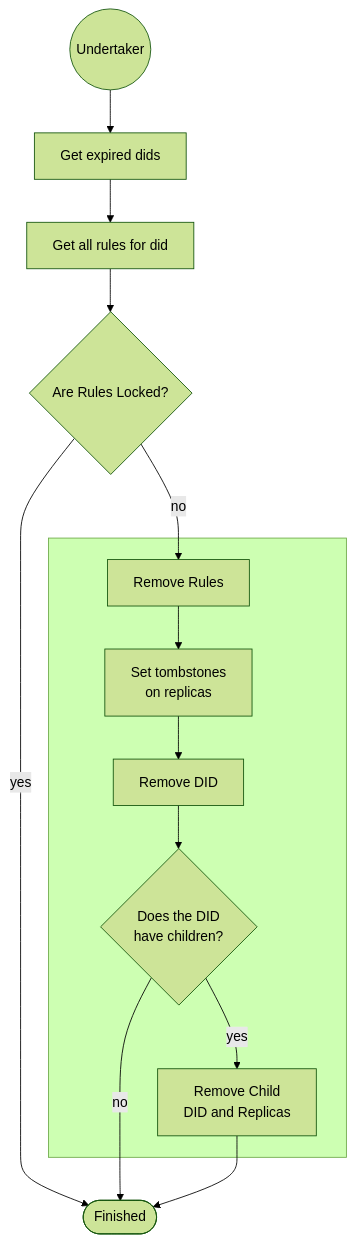
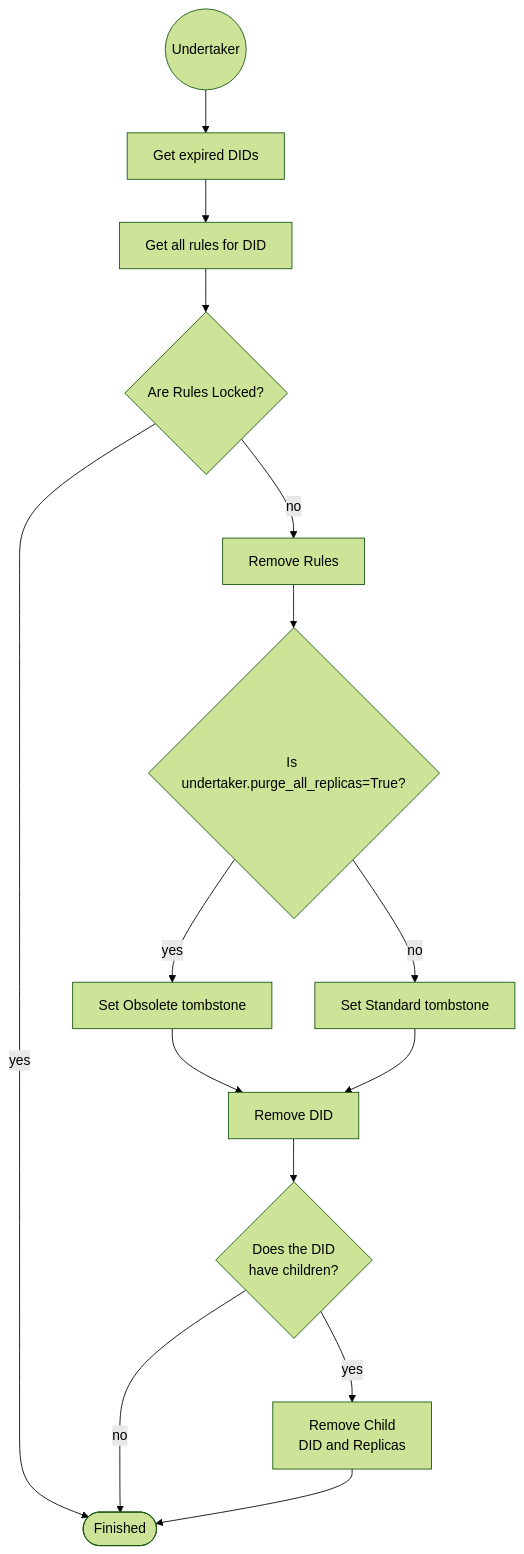
The second of 3 diagrams in docs/started/concepts/deletion_overview.md (rucio/documentation), drawn with Mermaid (forest theme) before and after one commit. The commit also changed other lines of this file, not shown here.

````diff
--- a/docs/started/concepts/deletion_overview.md
+++ b/docs/started/concepts/deletion_overview.md
@@ -35,24 +80,26 @@
 ```mermaid
 flowchart TB
+    A((Undertaker)) --> 1[Get expired DIDs]
+    1 --> 2[Get all rules for DID]
+    2 --> D{Are Rules Locked?}
 
-    A((Undertaker))-->1[Get expired dids]
+    D -- "yes" --> f([Finished])
+    D -- "no" --> sub1[Remove Rules]
 
-    1-->2[Get all rules for did]
-    2-->D{Are Rules Locked?}
+    sub1 --> PurgeCheck{Is undertaker.purge_all_replicas=True?}
 
-    D--"yes"-->f([Finished])
-    D--"no"--> sub1[Remove Rules]
+    PurgeCheck -- "yes" --> SetObsolete["`Set Obsolete tombstone`"]
 
-    subgraph sg[ ]
-        sub1[Remove Rules] --> sub2["`Set tombstones
-                        on replicas`"]
-        sub2 --> sub3[Remove DID]
-        sub3 --> sub4{"`Does the DID
-                        have children?`"}
-        sub4 --yes-->sub5["`Remove Child
-                             DID and Replicas`"]
-    end
+    PurgeCheck -- "no" --> SetStandard["`Set Standard tombstone`"]
 
-    sub4 --"no"--> f
-    sub5--> f
+    SetObsolete --> sub3[Remove DID]
+    SetStandard --> sub3
+
+    sub3 --> sub4{"`Does the DID
+                    have children?`"}
+    sub4 -- "yes" --> sub5["`Remove Child
+                            DID and Replicas`"]
+
+    sub4 -- "no" --> f
+    sub5 --> f
 ```
````
